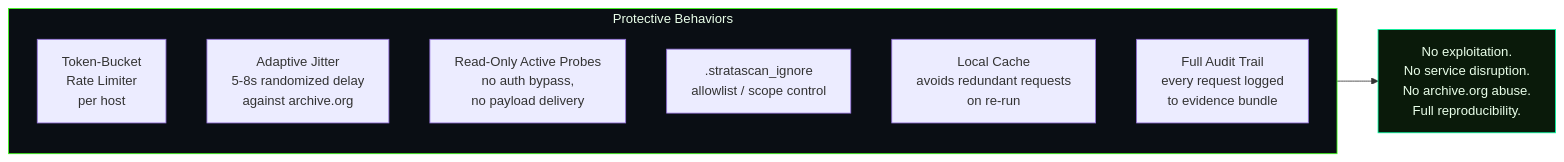
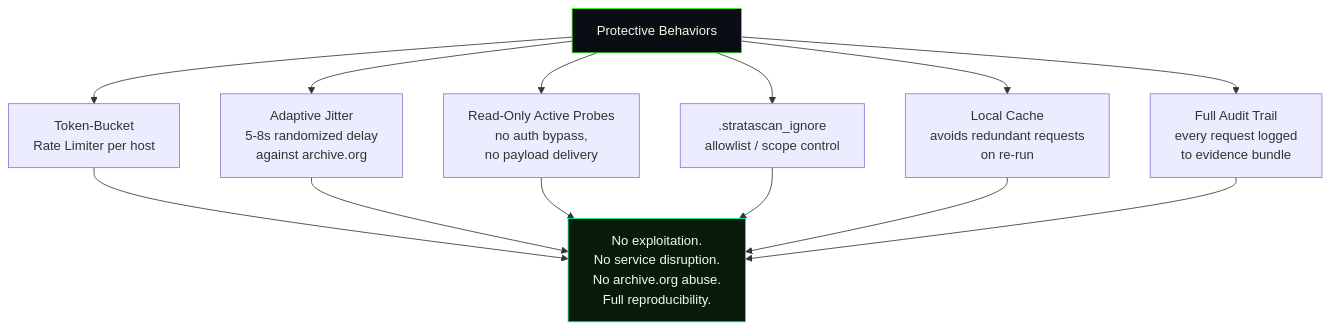
Before and after one commit to sylhetyhackvenger/STRATASCAN: the seventh of 21 diagrams in README.md, drawn with Mermaid. The commit also changed other lines of this file, not shown here.

````diff
--- a/README.md
+++ b/README.md
@@ -745,17 +723,22 @@
 ```mermaid
-flowchart LR
-    subgraph SAFE["Protective Behaviors"]
-        direction TB
-        RL["Token-Bucket\nRate Limiter\nper host"]
-        JT["Adaptive Jitter\n5-8s randomized delay\nagainst archive.org"]
-        RO["Read-Only Active Probes\nno auth bypass,\nno payload delivery"]
-        IG[".stratascan_ignore\nallowlist / scope control"]
-        CACHE["Local Cache\navoids redundant requests\non re-run"]
-        LOG["Full Audit Trail\nevery request logged\nto evidence bundle"]
-    end
+flowchart TB
+    SAFE["Protective Behaviors"]
+    SAFE --> RL["Token-Bucket<br/>Rate Limiter per host"]
+    SAFE --> JT["Adaptive Jitter<br/>5-8s randomized delay<br/>against archive.org"]
+    SAFE --> RO["Read-Only Active Probes<br/>no auth bypass,<br/>no payload delivery"]
+    SAFE --> IG[".stratascan_ignore<br/>allowlist / scope control"]
+    SAFE --> CACHE["Local Cache<br/>avoids redundant requests<br/>on re-run"]
+    SAFE --> LOG["Full Audit Trail<br/>every request logged<br/>to evidence bundle"]
 
-    SAFE --> RESULT["No exploitation.\nNo service disruption.\nNo archive.org abuse.\nFull reproducibility."]
+    RL --> RESULT
+    JT --> RESULT
+    RO --> RESULT
+    IG --> RESULT
+    CACHE --> RESULT
+    LOG --> RESULT
+
+    RESULT["No exploitation.<br/>No service disruption.<br/>No archive.org abuse.<br/>Full reproducibility."]
 
     style SAFE fill:#0a0e14,stroke:#39ff14,color:#eaffea
     style RESULT fill:#0a1a0a,stroke:#00ffa3,color:#eaffea
 ```
````
